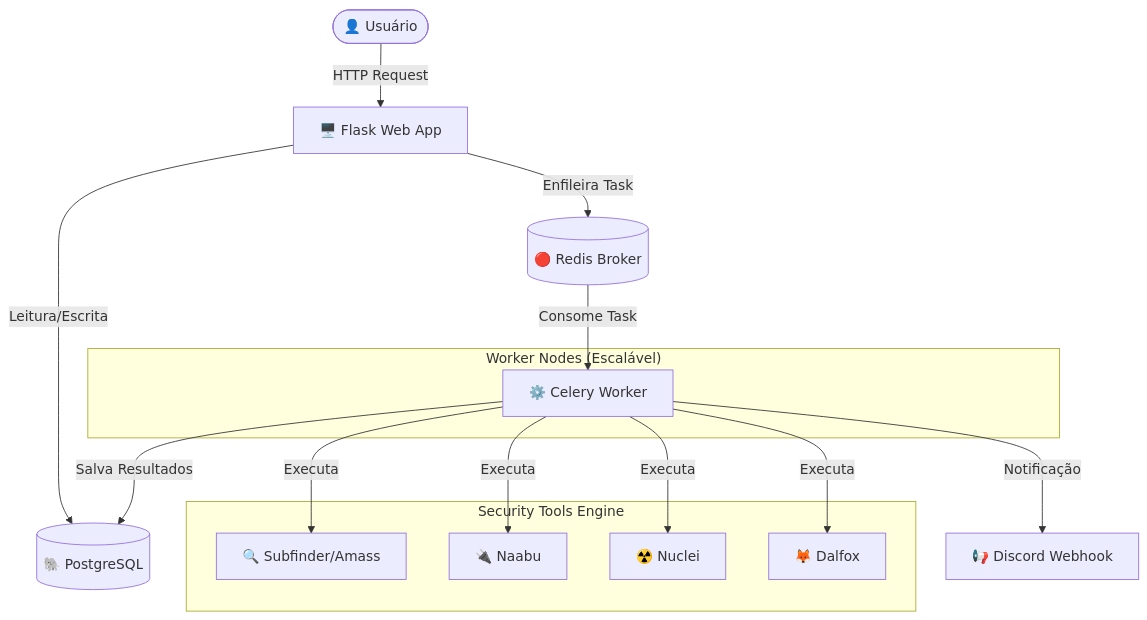
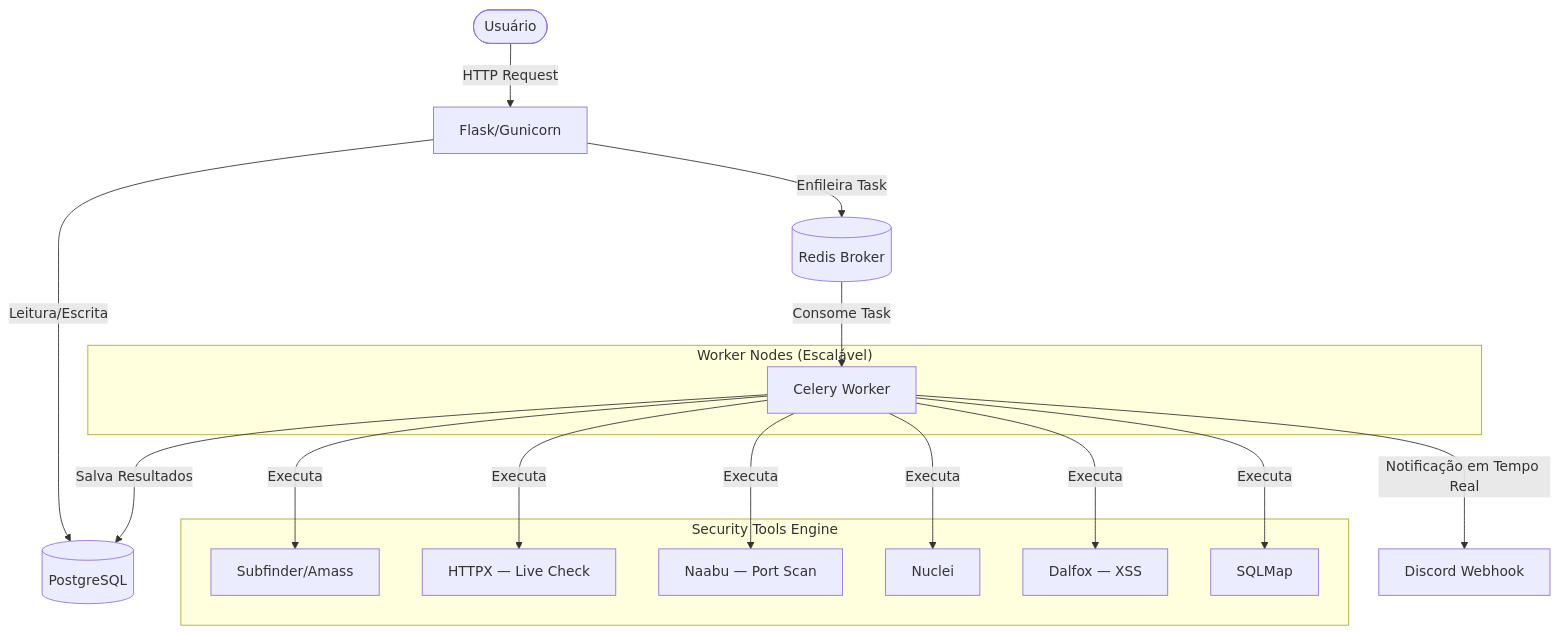
The diagram in readme.md (Sonael/BugBounty_Monitor), drawn with Mermaid before and after one commit. The commit also changed other lines of this file, not shown here.

````diff
--- a/readme.md
+++ b/readme.md
@@ -20,23 +21,24 @@
 ```mermaid
 graph TD
-    User([👤 Usuário]) -->|HTTP Request| Web[🖥️ Flask Web App]
-    Web -->|Leitura/Escrita| DB[(🐘 PostgreSQL)]
-    Web -->|Enfileira Task| Redis[(🔴 Redis Broker)]
-    
-    subgraph "Worker Nodes (Escalável)"
-        Worker[⚙️ Celery Worker]
-    end
-    
-    Redis -->|Consome Task| Worker
-    Worker -->|Salva Resultados| DB
-    
-    subgraph "Security Tools Engine"
-        Worker -->|Executa| Subfinder[🔍 Subfinder/Amass]
-        Worker -->|Executa| Naabu[🔌 Naabu]
-        Worker -->|Executa| Nuclei[☢️ Nuclei]
-        Worker -->|Executa| Dalfox[🦊 Dalfox]
-    end
-    
-    Worker -->|Notificação| Discord[📢 Discord Webhook]
+ User([Usuário]) -->|HTTP Request| Web[Flask/Gunicorn]
+ Web -->|Leitura/Escrita| DB[(PostgreSQL)]
+ Web -->|Enfileira Task| Redis[(Redis Broker)]
 
+ subgraph "Worker Nodes (Escalável)"
+ Worker[Celery Worker]
+ end
+
+ Redis -->|Consome Task| Worker
+ Worker -->|Salva Resultados| DB
+
+ subgraph "Security Tools Engine"
+ Worker -->|Executa| Subfinder[Subfinder/Amass]
+ Worker -->|Executa| HTTPX[HTTPX — Live Check]
+ Worker -->|Executa| Naabu[Naabu — Port Scan]
+ Worker -->|Executa| Nuclei[Nuclei]
+ Worker -->|Executa| Dalfox[Dalfox — XSS]
+ Worker -->|Executa| SQLMap[SQLMap]
+ end
+
+ Worker -->|Notificação em Tempo Real| Discord[Discord Webhook]
 ```
````
